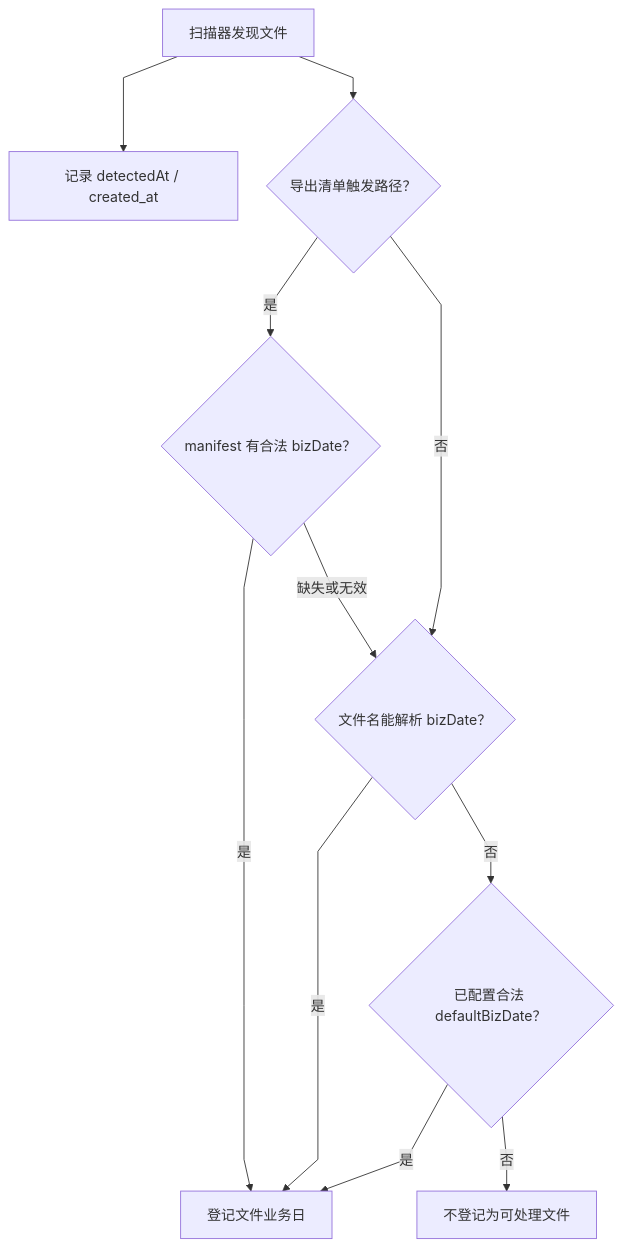
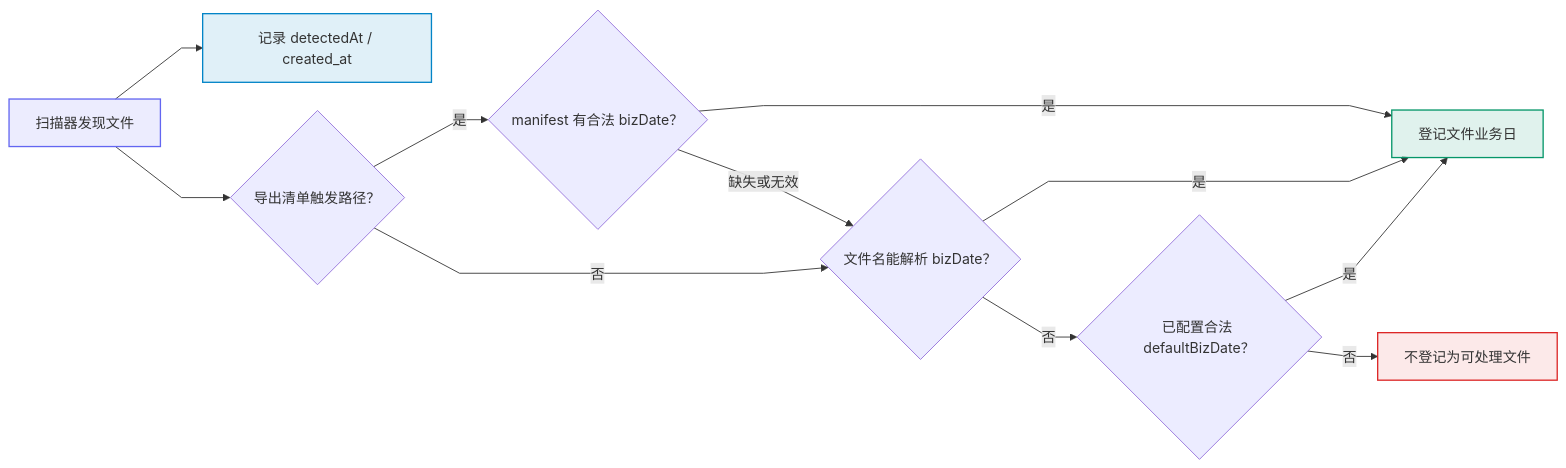
Before and after one commit to pinpols/file-batch-system: the third of 4 diagrams in docs/design/time-date-semantics.md, drawn with Mermaid. The commit also changed other lines of this file and 11 other files, not shown here.

First line of the commit message:
docs(diagram): P2 文档图按图例统一并按源码核对状态机 (#1383)

````diff
--- a/docs/design/time-date-semantics.md
+++ b/docs/design/time-date-semantics.md
@@ -76,14 +81,25 @@
 ```mermaid
 %%{init: {"flowchart":{"curve":"linear","nodeSpacing":32,"rankSpacing":48},"sequence":{"mirrorActors":false}}}%%
-flowchart TB
-  F[扫描器发现文件] --> T[记录 detectedAt / created_at]
-  F --> E{导出清单触发路径？}
-  E -->|是| M{manifest 有合法 bizDate？}
-  E -->|否| N{文件名能解析 bizDate？}
-  M -->|是| R[登记文件业务日]
-  M -->|缺失或无效| N
-  N -->|是| R
-  N -->|否| D{已配置合法 defaultBizDate？}
-  D -->|是| R
-  D -->|否| X[不登记为可处理文件]
+flowchart LR
+  F["扫描器发现文件"]:::entry --> T["记录 detectedAt / created_at"]:::control
+  F --> E{"导出清单触发路径？"}
+  E -->|"是"| M{"manifest 有合法 bizDate？"}
+  E -->|"否"| N{"文件名能解析 bizDate？"}
+  M -->|"是"| R["登记文件业务日"]:::ok
+  M -->|"缺失或无效"| N
+  N -->|"是"| R
+  N -->|"否"| D{"已配置合法 defaultBizDate？"}
+  D -->|"是"| R
+  D -->|"否"| X["不登记为可处理文件"]:::fail
+  classDef entry fill:#6366f11f,stroke:#6366f1,stroke-width:1.5px
+  classDef control fill:#0284c71f,stroke:#0284c7,stroke-width:1.5px
+  classDef mq fill:#d977061f,stroke:#d97706,stroke-width:1.5px
+  classDef worker fill:#0596691f,stroke:#059669,stroke-width:1.5px
+  classDef store fill:#7c3aed1f,stroke:#7c3aed,stroke-width:1.5px
+  classDef ext fill:#64748b14,stroke:#64748b,stroke-width:1.2px,stroke-dasharray:4 3
+  classDef lib fill:#64748b14,stroke:#64748b,stroke-width:1.2px
+  classDef ok fill:#0596691f,stroke:#059669,stroke-width:1.5px
+  classDef fail fill:#dc26261a,stroke:#dc2626,stroke-width:1.5px
+  classDef wait fill:#d977061a,stroke:#d97706,stroke-width:1.5px
+  classDef muted fill:#64748b14,stroke:#64748b,stroke-width:1.2px,stroke-dasharray:4 3
 ```
````
